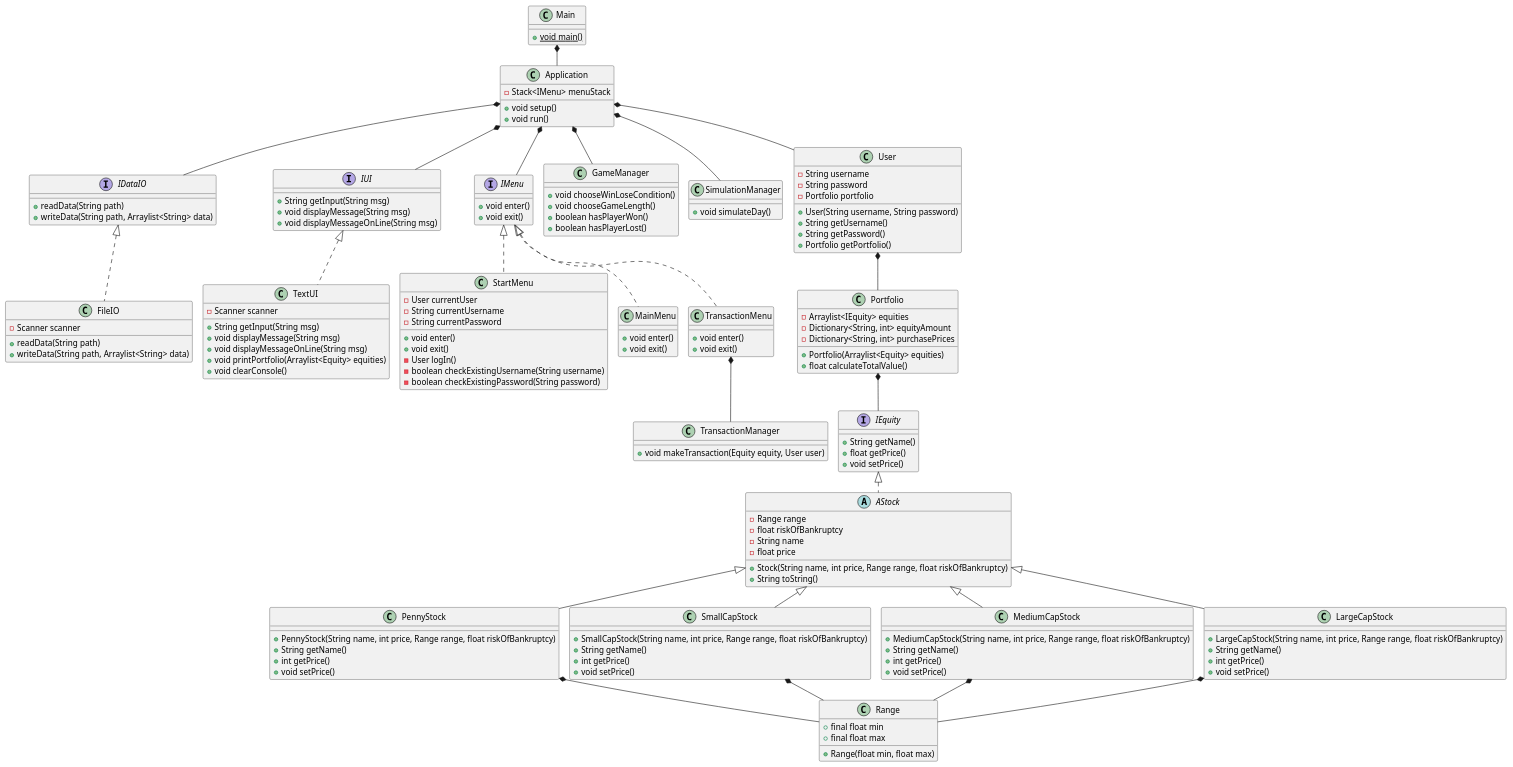
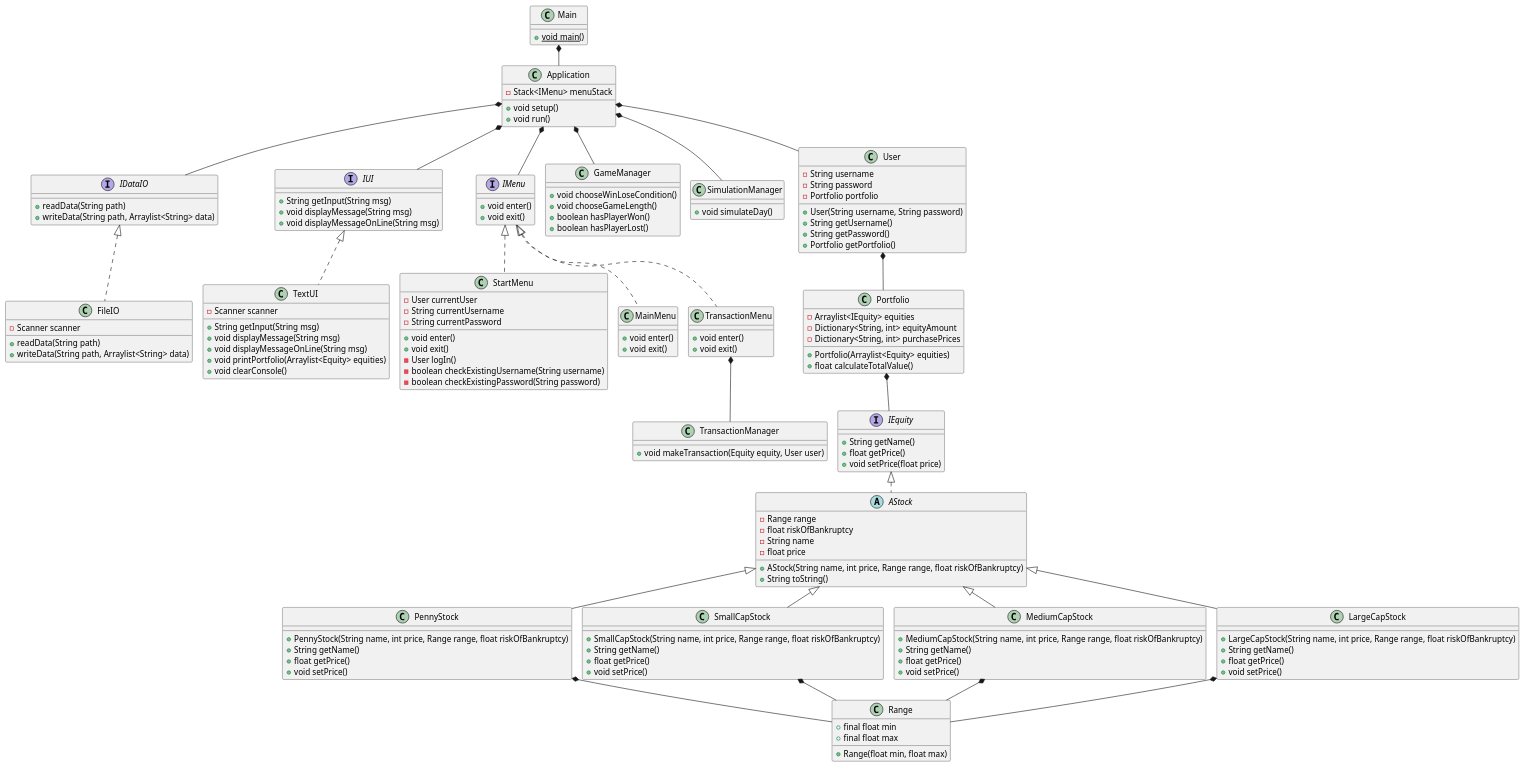
Before and after one commit to TobiasTheDanish/AktieSpil: the diagram in Documentation/KlasseDiagram.puml, drawn with PlantUML. The commit also changed 10 other files, not shown here.

```diff
--- a/Documentation/KlasseDiagram.puml
+++ b/Documentation/KlasseDiagram.puml
@@ -1,162 +1,162 @@
 @startuml
 !pragma layout smetana
 'https://plantuml.com/class-diagram
 class Main {
     + {static} void main()
 }
 
 class Application {
     - Stack<IMenu> menuStack
     + void setup()
     + void run()
 }
 
 interface IDataIO {
     + readData(String path)
     + writeData(String path, Arraylist<String> data)
 }
 
 class FileIO implements IDataIO {
     - Scanner scanner
     + readData(String path)
     + writeData(String path, Arraylist<String> data)
 
 }
 
 interface IUI {
     + String getInput(String msg)
     + void displayMessage(String msg)
     + void displayMessageOnLine(String msg)
 }
 
 class TextUI implements IUI {
     - Scanner scanner
     + String getInput(String msg)
     + void displayMessage(String msg)
     + void displayMessageOnLine(String msg)
     + void printPortfolio(Arraylist<Equity> equities)
     + void clearConsole()
 }
 
 interface IMenu {
     + void enter()
     + void exit()
 }
 
 class StartMenu implements IMenu {
     - User currentUser
     - String currentUsername
     - String currentPassword
     + void enter()
     + void exit()
     - User logIn()
     - boolean checkExistingUsername(String username)
     - boolean checkExistingPassword(String password)
 }
 
 class MainMenu implements IMenu {
     + void enter()
     + void exit()
 }
 
 class TransactionMenu implements IMenu {
     + void enter()
     + void exit()
 }
 
 class TransactionManager {
     + void makeTransaction(Equity equity, User user)
 }
 
 class GameManager {
     + void chooseWinLoseCondition()
     + void chooseGameLength()
     + boolean hasPlayerWon()
     + boolean hasPlayerLost()
 }
 
 class SimulationManager {
     + void simulateDay()
 }
 
 class User {
     - String username
     - String password
     - Portfolio portfolio
     + User(String username, String password)
     + String getUsername()
     + String getPassword()
     + Portfolio getPortfolio()
 }
 
 class Portfolio {
     - Arraylist<IEquity> equities
     - Dictionary<String, int> equityAmount
     - Dictionary<String, int> purchasePrices
     + Portfolio(Arraylist<Equity> equities)
     + float calculateTotalValue()
 }
 
 interface IEquity {
     + String getName()
     + float getPrice()
-    + void setPrice()
+    + void setPrice(float price)
 }
 
 abstract class AStock implements IEquity {
     - Range range
     - float riskOfBankruptcy
     - String name
     - float price
-    + Stock(String name, int price, Range range, float riskOfBankruptcy)
+    + AStock(String name, int price, Range range, float riskOfBankruptcy)
     + String toString()
 }
 
 class PennyStock extends AStock {
     + PennyStock(String name, int price, Range range, float riskOfBankruptcy)
     + String getName()
-    + int getPrice()
+    + float getPrice()
     + void setPrice()
 }
 class SmallCapStock extends AStock {
     + SmallCapStock(String name, int price, Range range, float riskOfBankruptcy)
     + String getName()
-    + int getPrice()
+    + float getPrice()
     + void setPrice()
 }
 class MediumCapStock extends AStock {
     + MediumCapStock(String name, int price, Range range, float riskOfBankruptcy)
     + String getName()
-    + int getPrice()
+    + float getPrice()
     + void setPrice()
 }
 class LargeCapStock extends AStock {
     + LargeCapStock(String name, int price, Range range, float riskOfBankruptcy)
     + String getName()
-    + int getPrice()
+    + float getPrice()
     + void setPrice()
 }
 
 class Range {
     + final float min
     + final float max
     + Range(float min, float max)
 }
 
 Main *-- Application
 Application *-- IMenu
 Application *-- User
 Application *-- SimulationManager
 Application *-- GameManager
 Application *-- IUI
 Application *-- IDataIO
 
 TransactionMenu *-- TransactionManager
 
 User *-- Portfolio
 Portfolio *-- IEquity
 PennyStock *-- Range
 SmallCapStock *-- Range
 MediumCapStock *-- Range
 LargeCapStock *-- Range
 @enduml
```
